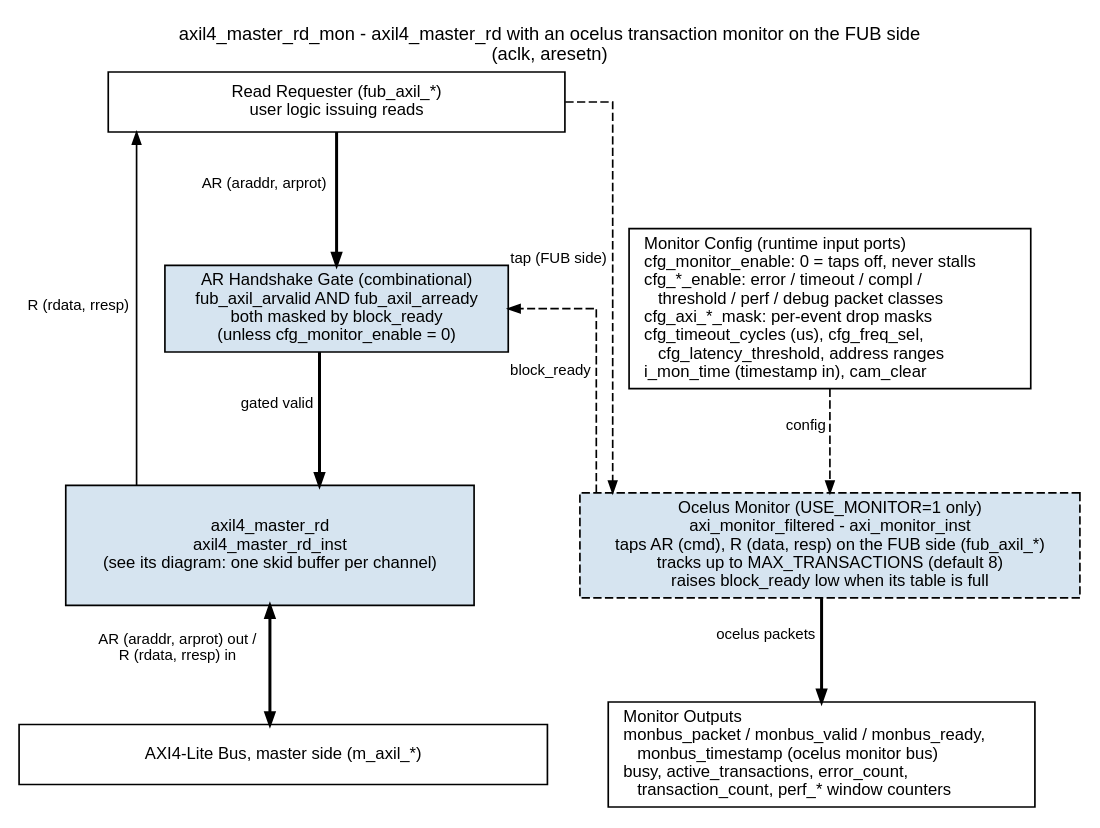
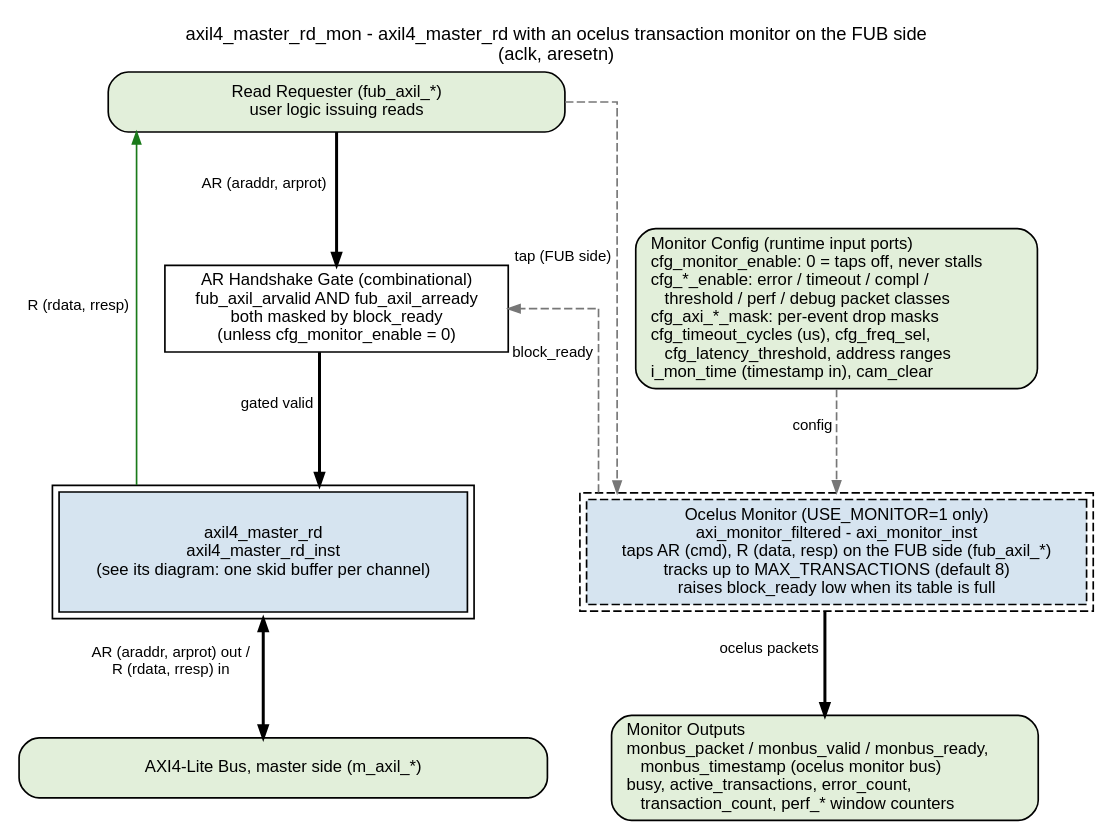
Before and after one commit to sean-galloway/RTLDesignSherpa: the diagram in docs/markdown/assets/rtl-amba/graphviz/axil4_master_rd_mon.dot, drawn with Graphviz. The commit also changed 1165 other files, not shown here.

First line of the commit message:
docs: every block diagram converted to the element key v3 (641 rendered)

```diff
--- a/docs/markdown/assets/rtl-amba/graphviz/axil4_master_rd_mon.dot
+++ b/docs/markdown/assets/rtl-amba/graphviz/axil4_master_rd_mon.dot
@@ -1,38 +1,38 @@
 // axil4_master_rd_mon block diagram - house style (vault/handbook/authoring/block-diagrams.md).
 // Variant of axil4_master_rd: the wrapped module is ONE child box (see its own diagram);
 // only what this wrapper adds is drawn. Generated from the axil4 variant template.
 // Source of truth: rtl/amba/axil4/axil4_master_rd_mon.sv.
 digraph axil4_master_rd_mon {
     graph [rankdir=TB, bgcolor="white", fontname="Helvetica", fontsize=11,
            nodesep="0.45", ranksep="0.80", splines=ortho, newrank=true,
            label="axil4_master_rd_mon - axil4_master_rd with an ocelus transaction monitor on the FUB side\n(aclk, aresetn)",
            labelloc=t, labeljust=c];
     node  [fontname="Helvetica", fontsize=10, shape=box, style=filled,
-           fillcolor="#D6E4F0", color="black", margin="0.12,0.06"];
+           fillcolor="white", color="black", margin="0.12,0.06"];
     edge  [fontname="Helvetica", fontsize=9, color="black", arrowsize=0.7];
 
-    top   [label="Read Requester (fub_axil_*)\nuser logic issuing reads", fillcolor="white", width=3.8];
-    child [label="axil4_master_rd\naxil4_master_rd_inst\n(see its diagram: one skid buffer per channel)", width=3.4, height=1.0];
-    bot   [label="AXI4-Lite Bus, master side (m_axil_*)", fillcolor="white", width=4.4];
+    top   [label="Read Requester (fub_axil_*)\nuser logic issuing reads", fillcolor="white", width=3.8, style="rounded,filled", fillcolor="#E2EFDA"];
+    child [label="axil4_master_rd\naxil4_master_rd_inst\n(see its diagram: one skid buffer per channel)", width=3.4, height=1.0, peripheries=2, style="filled", fillcolor="#D6E4F0"];
+    bot   [label="AXI4-Lite Bus, master side (m_axil_*)", fillcolor="white", width=4.4, style="rounded,filled", fillcolor="#E2EFDA"];
 
-    mcfg  [label="Monitor Config (runtime input ports)\lcfg_monitor_enable: 0 = taps off, never stalls\lcfg_*_enable: error / timeout / compl /\l    threshold / perf / debug packet classes\lcfg_axi_*_mask: per-event drop masks\lcfg_timeout_cycles (us), cfg_freq_sel,\l    cfg_latency_threshold, address ranges\li_mon_time (timestamp in), cam_clear\l", fillcolor="white"];
-    mon   [label="Ocelus Monitor (USE_MONITOR=1 only)\naxi_monitor_filtered - axi_monitor_inst\ntaps AR (cmd), R (data, resp) on the FUB side (fub_axil_*)\ntracks up to MAX_TRANSACTIONS (default 8)\nraises block_ready low when its table is full", style="filled,dashed"];
-    gate  [label="AR Handshake Gate (combinational)\nfub_axil_arvalid AND fub_axil_arready\nboth masked by block_ready\n(unless cfg_monitor_enable = 0)"];
-    mout  [label="Monitor Outputs\lmonbus_packet / monbus_valid / monbus_ready,\l    monbus_timestamp (ocelus monitor bus)\lbusy, active_transactions, error_count,\l    transaction_count, perf_* window counters\l", fillcolor="white"];
-    mcfg -> mon [style=dashed, xlabel="config"];
-    mon  -> gate [style=dashed, xlabel="block_ready"];
+    mcfg  [label="Monitor Config (runtime input ports)\lcfg_monitor_enable: 0 = taps off, never stalls\lcfg_*_enable: error / timeout / compl /\l    threshold / perf / debug packet classes\lcfg_axi_*_mask: per-event drop masks\lcfg_timeout_cycles (us), cfg_freq_sel,\l    cfg_latency_threshold, address ranges\li_mon_time (timestamp in), cam_clear\l", fillcolor="white", style="rounded,filled", fillcolor="#E2EFDA"];
+    mon   [label="Ocelus Monitor (USE_MONITOR=1 only)\naxi_monitor_filtered - axi_monitor_inst\ntaps AR (cmd), R (data, resp) on the FUB side (fub_axil_*)\ntracks up to MAX_TRANSACTIONS (default 8)\nraises block_ready low when its table is full", style="filled,dashed", peripheries=2, style="filled,dashed", fillcolor="#D6E4F0"];
+    gate  [label="AR Handshake Gate (combinational)\nfub_axil_arvalid AND fub_axil_arready\nboth masked by block_ready\n(unless cfg_monitor_enable = 0)", style="filled", fillcolor="white"];
+    mout  [label="Monitor Outputs\lmonbus_packet / monbus_valid / monbus_ready,\l    monbus_timestamp (ocelus monitor bus)\lbusy, active_transactions, error_count,\l    transaction_count, perf_* window counters\l", fillcolor="white", style="rounded,filled", fillcolor="#E2EFDA"];
+    mcfg -> mon [style=dashed, color="#777777", xlabel="config"];
+    mon  -> gate [style=dashed, color="#777777", xlabel="block_ready"];
     mon  -> mout [xlabel="ocelus packets", penwidth=1.8];
 
     top  -> gate  [xlabel="AR (araddr, arprot)", penwidth=1.8];
     gate -> child [xlabel="gated valid", penwidth=1.8];
     child -> bot  [dir=both, xlabel="AR (araddr, arprot) out /\nR (rdata, rresp) in", penwidth=1.8];
 
-    top -> child [dir=back, xlabel="R (rdata, rresp)", constraint=false];
-    top -> mon [style=dashed, constraint=false, xlabel="tap (FUB side)"];
+    top -> child [color="#1A7A1A", dir=back, xlabel="R (rdata, rresp)", constraint=false];
+    top -> mon [style=dashed, color="#777777", constraint=false, xlabel="tap (FUB side)"];
 
     { rank=same; gate; mcfg; }
     { rank=same; child; mon; }
     child -> mon [style=invis, minlen=2];
     { rank=same; bot; mout; }
     bot -> mout [style=invis];
 }
```
